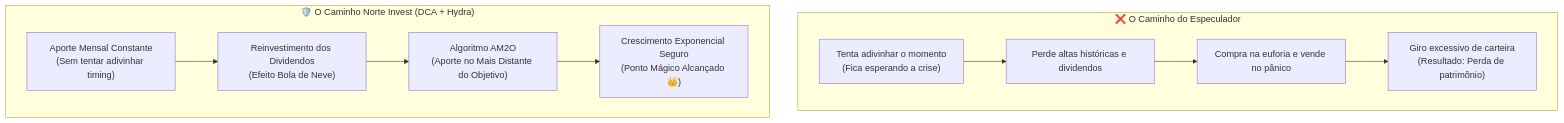
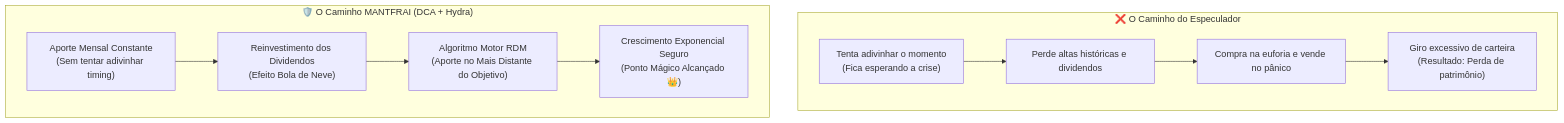
Before and after one commit to Rickss100/Davi-Hidra: the diagram in src/data/academy/lessons/modulo-1/aula-1-3.md, drawn with Mermaid. The commit also changed other lines of this file and 43 other files, not shown here.

Commit message:
feat(academy): higienizacao completa das 30 aulas e manuais para MANTFRAI, Filtro MFS e Motor RDM

````diff
--- a/src/data/academy/lessons/modulo-1/aula-1-3.md
+++ b/src/data/academy/lessons/modulo-1/aula-1-3.md
@@ -111,14 +111,14 @@
 ```mermaid
 flowchart TD
     subgraph Especulador["❌ O Caminho do Especulador"]
         A1["Tenta adivinhar o momento<br/>(Fica esperando a crise)"] --> A2["Perde altas históricas e dividendos"]
         A2 --> A3["Compra na euforia e vende no pânico"]
         A3 --> A4["Giro excessivo de carteira<br/>(Resultado: Perda de patrimônio)"]
     end
 
-    subgraph InvestidorNorte["🛡️ O Caminho Norte Invest (DCA + Hydra)"]
+    subgraph InvestidorNorte["🛡️ O Caminho MANTFRAI (DCA + Hydra)"]
         B1["Aporte Mensal Constante<br/>(Sem tentar adivinhar timing)"] --> B2["Reinvestimento dos Dividendos<br/>(Efeito Bola de Neve)"]
-        B2 --> B3["Algoritmo AM2O<br/>(Aporte no Mais Distante do Objetivo)"]
+        B2 --> B3["Algoritmo Motor RDM<br/>(Aporte no Mais Distante do Objetivo)"]
         B3 --> B4["Crescimento Exponencial Seguro<br/>(Ponto Mágico Alcançado 👑)"]
     end
 ```
````
